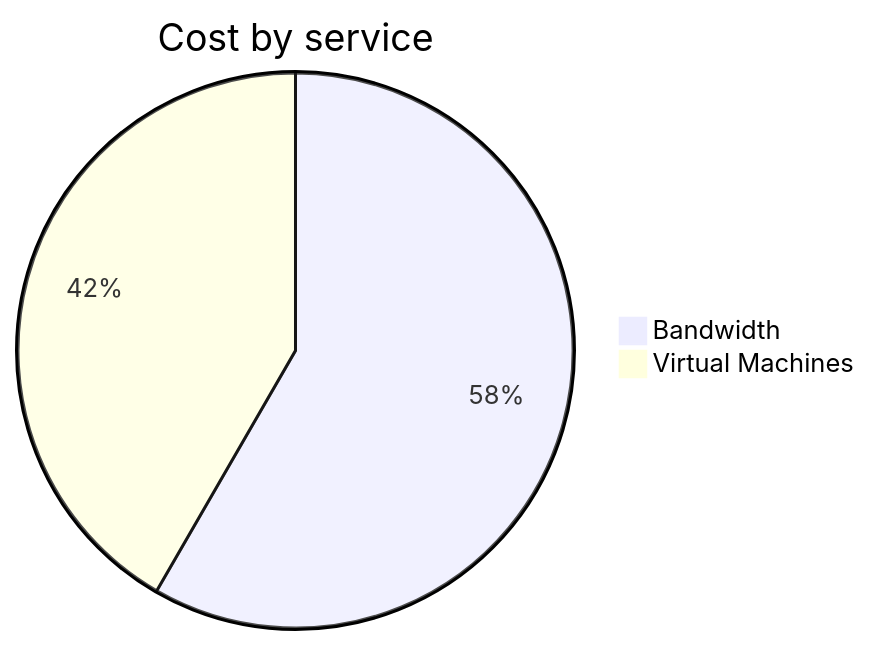
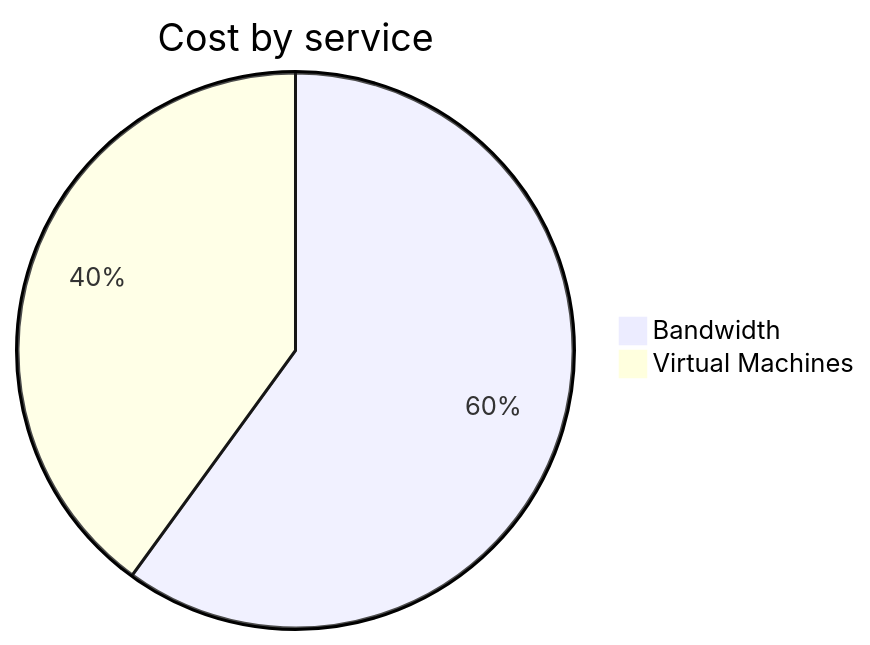
Before and after one commit to jpfulton/azure-personal-reports: the second of 4 diagrams in cost-reports/personal-network/vpn-server.md, drawn with Mermaid. The commit also changed other lines of this file and 8 other files, not shown here.

````diff
--- a/cost-reports/personal-network/vpn-server.md
+++ b/cost-reports/personal-network/vpn-server.md
@@ -96,6 +96,6 @@
 ```mermaid
 pie
    title Cost by service
-   "Bandwidth" : 0.56
-   "Virtual Machines" : 0.40
+   "Bandwidth" : 0.87
+   "Virtual Machines" : 0.58
 ```
````
